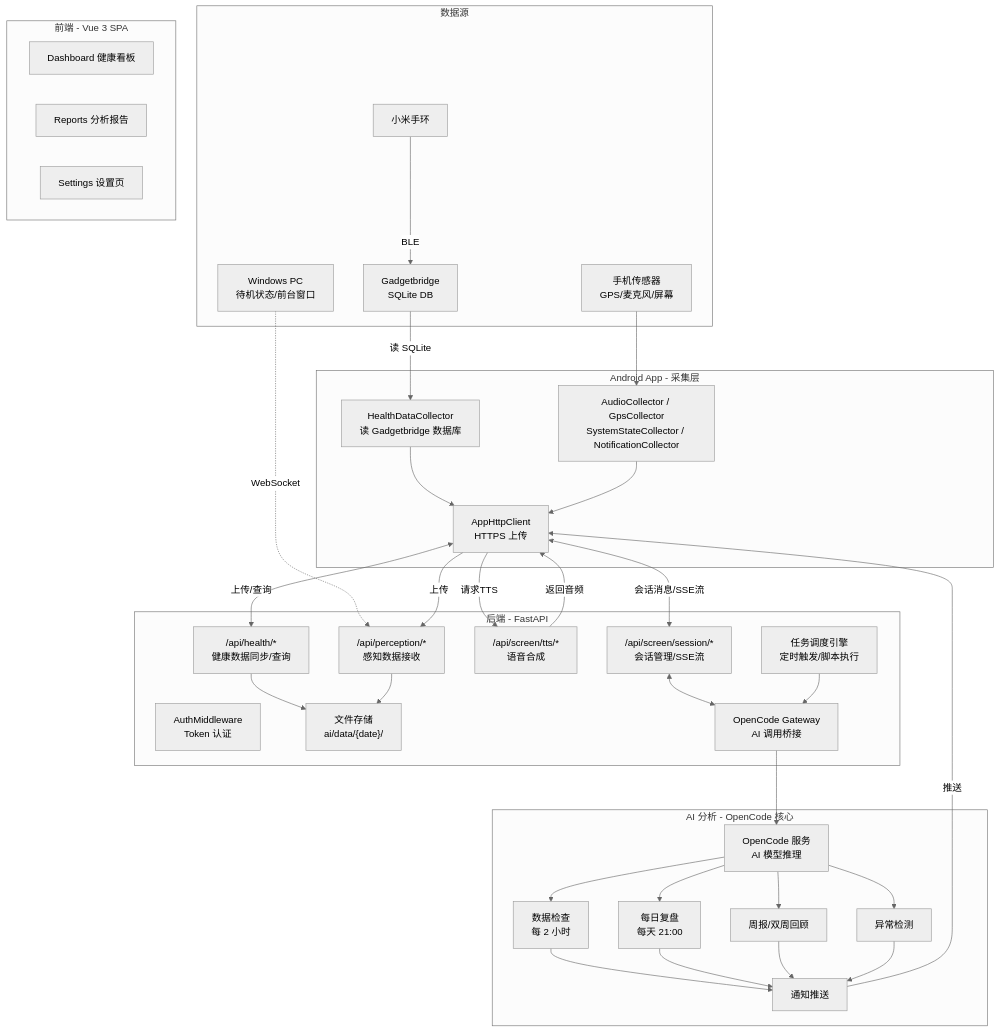
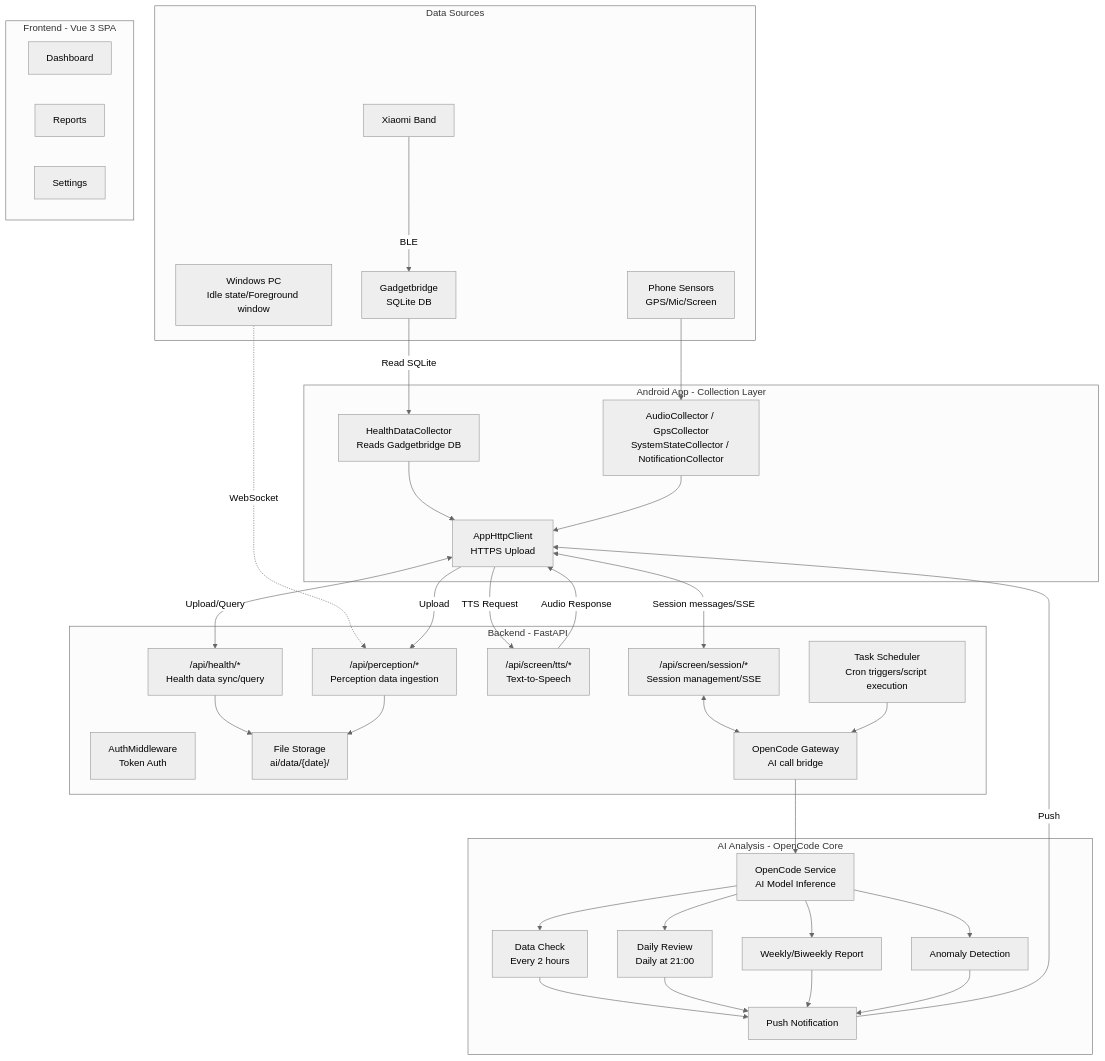
Before and after one commit to Axeuh/LiveLog-AI: the first of 2 diagrams in README.md, drawn with Mermaid (neutral theme). The commit also changed other lines of this file and 1 other file, not shown here.

````diff
--- a/README.md
+++ b/README.md
@@ -17,71 +19,71 @@
 ```mermaid
 graph TB
-    subgraph DataSources[数据源]
-        BAND[小米手环] -->|BLE| GB[Gadgetbridge<br/>SQLite DB]
-        PHONE[手机传感器<br/>GPS/麦克风/屏幕]
-        PC[Windows PC<br/>待机状态/前台窗口]
+    subgraph DataSources[Data Sources]
+        BAND[Xiaomi Band] -->|BLE| GB[Gadgetbridge<br/>SQLite DB]
+        PHONE[Phone Sensors<br/>GPS/Mic/Screen]
+        PC[Windows PC<br/>Idle state/Foreground window]
     end
 
-    subgraph AppCollect[Android App - 采集层]
-        HDC[HealthDataCollector<br/>读 Gadgetbridge 数据库]
+    subgraph AppCollect[Android App - Collection Layer]
+        HDC[HealthDataCollector<br/>Reads Gadgetbridge DB]
         SENSORS[AudioCollector / GpsCollector<br/>SystemStateCollector / NotificationCollector]
-        UPLOAD[AppHttpClient<br/>HTTPS 上传]
+        UPLOAD[AppHttpClient<br/>HTTPS Upload]
     end
 
-    subgraph Backend[后端 - FastAPI]
-        AUTH[AuthMiddleware<br/>Token 认证]
-        HEALTH["/api/health/*<br/>健康数据同步/查询"]
-        PERCEPTION["/api/perception/*<br/>感知数据接收"]
-        TTS["/api/screen/tts/*<br/>语音合成"]
-        SESSION["/api/screen/session/*<br/>会话管理/SSE流"]
-        STORE["文件存储<br/>ai/data/{date}/"]
-        GATEWAY[OpenCode Gateway<br/>AI 调用桥接]
-        TASK[任务调度引擎<br/>定时触发/脚本执行]
+    subgraph Backend[Backend - FastAPI]
+        AUTH[AuthMiddleware<br/>Token Auth]
+        HEALTH["/api/health/*<br/>Health data sync/query"]
+        PERCEPTION["/api/perception/*<br/>Perception data ingestion"]
+        TTS["/api/screen/tts/*<br/>Text-to-Speech"]
+        SESSION["/api/screen/session/*<br/>Session management/SSE"]
+        STORE["File Storage<br/>ai/data/{date}/"]
+        GATEWAY[OpenCode Gateway<br/>AI call bridge]
+        TASK[Task Scheduler<br/>Cron triggers/script execution]
     end
 
-    subgraph Frontend[前端 - Vue 3 SPA]
-        DASH[Dashboard 健康看板]
-        REPT[Reports 分析报告]
-        SETT[Settings 设置页]
+    subgraph Frontend[Frontend - Vue 3 SPA]
+        DASH[Dashboard]
+        REPT[Reports]
+        SETT[Settings]
     end
 
-    subgraph AISystem[AI 分析 - OpenCode 核心]
-        AI[OpenCode 服务<br/>AI 模型推理]
-        DC[数据检查<br/>每 2 小时]
-        DR[每日复盘<br/>每天 21:00]
-        WR[周报/双周回顾]
-        AD[异常检测]
-        NOTIFY[通知推送]
+    subgraph AISystem[AI Analysis - OpenCode Core]
+        AI[OpenCode Service<br/>AI Model Inference]
+        DC[Data Check<br/>Every 2 hours]
+        DR[Daily Review<br/>Daily at 21:00]
+        WR[Weekly/Biweekly Report]
+        AD[Anomaly Detection]
+        NOTIFY[Push Notification]
     end
 
-    GB -->|读 SQLite| HDC
+    GB -->|Read SQLite| HDC
     PHONE --> SENSORS
     PC -.->|WebSocket| PERCEPTION
 
     HDC --> UPLOAD
     SENSORS --> UPLOAD
 
-    UPLOAD <-->|上传/查询| HEALTH
-    UPLOAD -->|上传| PERCEPTION
-    UPLOAD -->|请求TTS| TTS
-    TTS -->|返回音频| UPLOAD
+    UPLOAD <-->|Upload/Query| HEALTH
+    UPLOAD -->|Upload| PERCEPTION
+    UPLOAD -->|TTS Request| TTS
+    TTS -->|Audio Response| UPLOAD
 
-    UPLOAD <-->|会话消息/SSE流| SESSION
+    UPLOAD <-->|Session messages/SSE| SESSION
     SESSION <--> GATEWAY
 
     HEALTH --> STORE
     PERCEPTION --> STORE
 
     TASK --> GATEWAY
     GATEWAY --> AI
 
     AI --> DC
     AI --> DR
     AI --> WR
     AI --> AD
     DC --> NOTIFY
     DR --> NOTIFY
     WR --> NOTIFY
     AD --> NOTIFY
-    NOTIFY -->|推送| UPLOAD
+    NOTIFY -->|Push| UPLOAD
 ```
````
